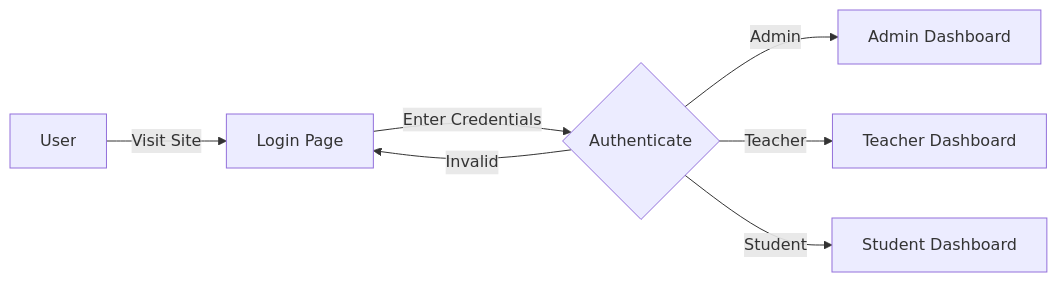
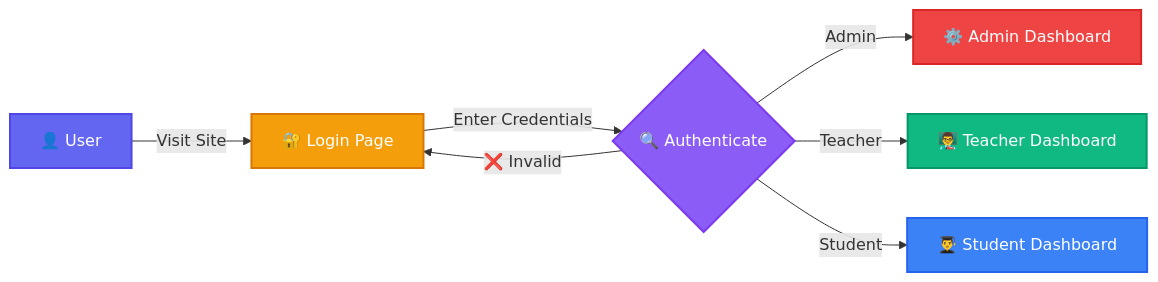
One commit to GAuravgiy87/Edumi changed the second of 2 diagrams in README.md. Above: the diagram before and after it, drawn with Mermaid. The commit also changed other lines of this file and 4 other files, not shown here.

````diff
--- a/README.md
+++ b/README.md
@@ -251,9 +364,16 @@
 ```mermaid
 graph LR
-    A[User] -->|Visit Site| B[Login Page]
-    B -->|Enter Credentials| C{Authenticate}
-    C -->|Admin| D[Admin Dashboard]
-    C -->|Teacher| E[Teacher Dashboard]
-    C -->|Student| F[Student Dashboard]
-    C -->|Invalid| B
+    A[👤 User] -->|Visit Site| B[🔐 Login Page]
+    B -->|Enter Credentials| C{🔍 Authenticate}
+    C -->|Admin| D[⚙️ Admin Dashboard]
+    C -->|Teacher| E[👨‍🏫 Teacher Dashboard]
+    C -->|Student| F[👨‍🎓 Student Dashboard]
+    C -->|❌ Invalid| B
+    
+    style A fill:#6366f1,stroke:#4f46e5,stroke-width:2px,color:#fff
+    style B fill:#f59e0b,stroke:#d97706,stroke-width:2px,color:#fff
+    style C fill:#8b5cf6,stroke:#7c3aed,stroke-width:2px,color:#fff
+    style D fill:#ef4444,stroke:#dc2626,stroke-width:2px,color:#fff
+    style E fill:#10b981,stroke:#059669,stroke-width:2px,color:#fff
+    style F fill:#3b82f6,stroke:#2563eb,stroke-width:2px,color:#fff
 ```
````
